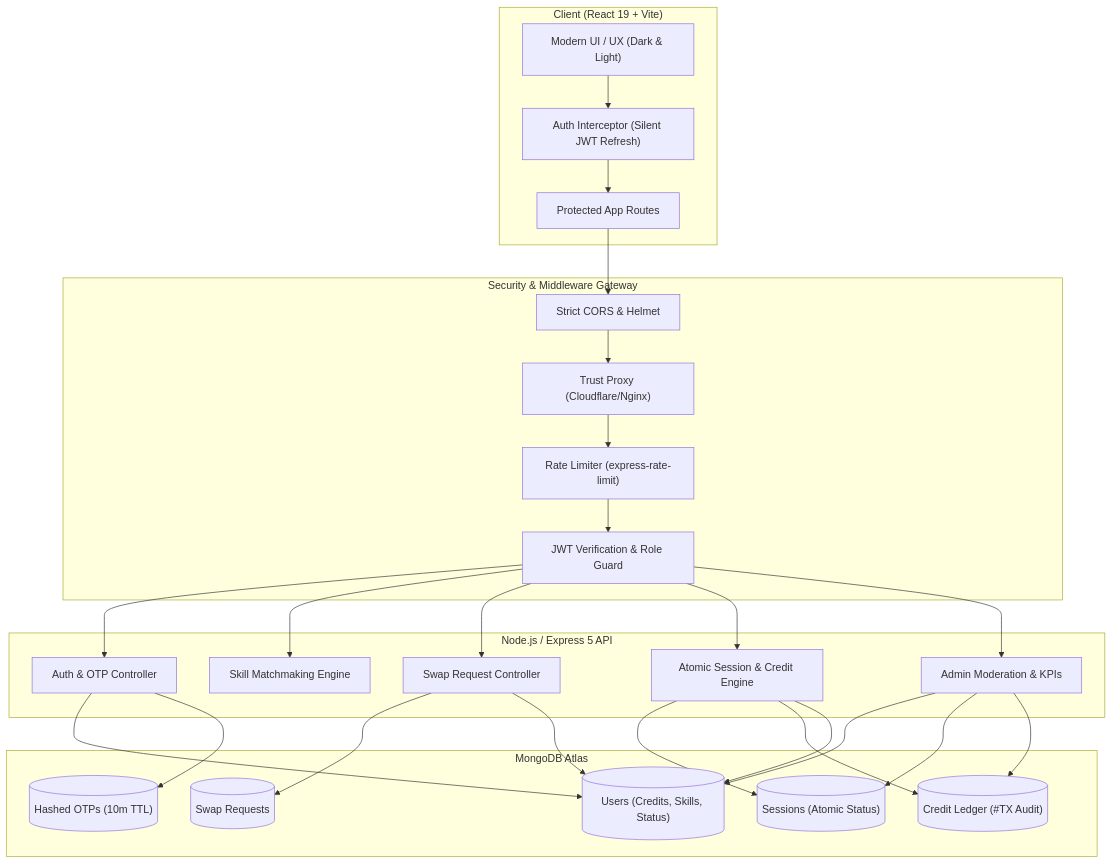
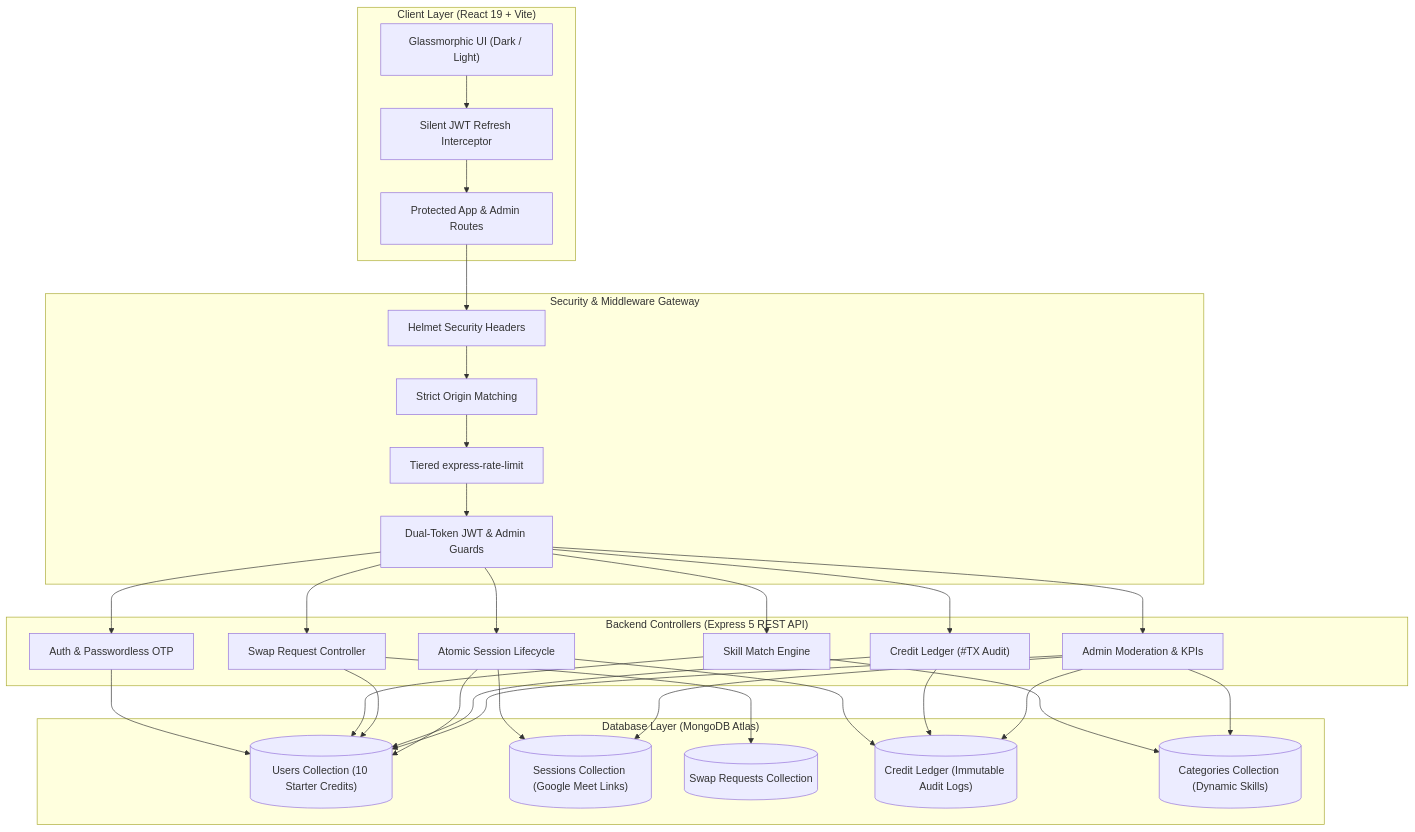
Before and after one commit to Shu-ash/skill-loop: the diagram in README.md, drawn with Mermaid. The commit also changed other lines of this file, not shown here.

Commit message:
docs: revamp README with modern badges, system diagrams, and updated features

````diff
--- a/README.md
+++ b/README.md
@@ -112,39 +122,42 @@
 ```mermaid
 flowchart TD
-    subgraph Client ["Client (React 19 + Vite)"]
-        UI["Modern UI / UX (Dark & Light)"]
-        AUTH_INT["Auth Interceptor (Silent JWT Refresh)"]
-        ROUTER["Protected App Routes"]
+    subgraph Client ["Client Layer (React 19 + Vite)"]
+        UI["Glassmorphic UI (Dark / Light)"]
+        AUTH_INT["Silent JWT Refresh Interceptor"]
+        ROUTER["Protected App & Admin Routes"]
     end
 
-    subgraph Security ["Security & Middleware Gateway"]
-        CORS["Strict CORS & Helmet"]
-        PROXY["Trust Proxy (Cloudflare/Nginx)"]
-        LIMITER["Rate Limiter (express-rate-limit)"]
-        JWT_VAL["JWT Verification & Role Guard"]
+    subgraph Gateway ["Security & Middleware Gateway"]
+        HELMET["Helmet Security Headers"]
+        CORS["Strict Origin Matching"]
+        RATE["Tiered express-rate-limit"]
+        AUTH_GUARD["Dual-Token JWT & Admin Guards"]
     end
 
-    subgraph Backend ["Node.js / Express 5 API"]
-        AUTH_CTRL["Auth & OTP Controller"]
-        MATCH_CTRL["Skill Matchmaking Engine"]
+    subgraph API ["Backend Controllers (Express 5 REST API)"]
+        AUTH_CTRL["Auth & Passwordless OTP"]
+        MATCH_CTRL["Skill Match Engine"]
         SWAP_CTRL["Swap Request Controller"]
-        SESS_CTRL["Atomic Session & Credit Engine"]
+        SESS_CTRL["Atomic Session Lifecycle"]
+        CREDIT_CTRL["Credit Ledger (#TX Audit)"]
         ADMIN_CTRL["Admin Moderation & KPIs"]
     end
 
-    subgraph Database ["MongoDB Atlas"]
-        U_COL[("Users (Credits, Skills, Status)")]
-        S_COL[("Sessions (Atomic Status)")]
-        R_COL[("Swap Requests")]
-        L_COL[("Credit Ledger (#TX Audit)")]
-        O_COL[("Hashed OTPs (10m TTL)")]
+    subgraph Data ["Database Layer (MongoDB Atlas)"]
+        U_DB[("Users Collection (10 Starter Credits)")]
+        S_DB[("Sessions Collection (Google Meet Links)")]
+        R_DB[("Swap Requests Collection")]
+        L_DB[("Credit Ledger (Immutable Audit Logs)")]
+        C_DB[("Categories Collection (Dynamic Skills)")]
     end
 
     UI --> AUTH_INT --> ROUTER
-    ROUTER --> CORS --> PROXY --> LIMITER --> JWT_VAL
-    JWT_VAL --> AUTH_CTRL & MATCH_CTRL & SWAP_CTRL & SESS_CTRL & ADMIN_CTRL
-    AUTH_CTRL --> U_COL & O_COL
-    SWAP_CTRL --> R_COL & U_COL
-    SESS_CTRL --> S_COL & L_COL & U_COL
-    ADMIN_CTRL --> U_COL & S_COL & L_COL
+    ROUTER --> HELMET --> CORS --> RATE --> AUTH_GUARD
+    AUTH_GUARD --> AUTH_CTRL & MATCH_CTRL & SWAP_CTRL & SESS_CTRL & CREDIT_CTRL & ADMIN_CTRL
+    AUTH_CTRL --> U_DB
+    MATCH_CTRL --> U_DB & C_DB
+    SWAP_CTRL --> R_DB & U_DB
+    SESS_CTRL --> S_DB & L_DB & U_DB
+    CREDIT_CTRL --> L_DB & U_DB
+    ADMIN_CTRL --> U_DB & S_DB & L_DB & C_DB
 ```
````
